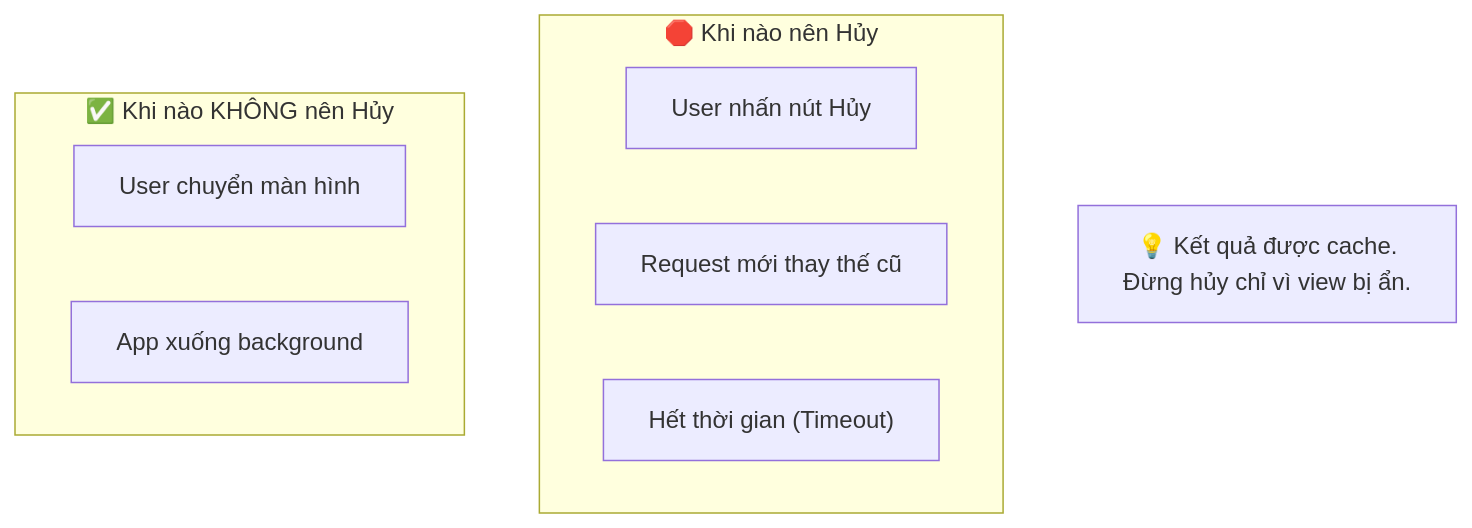
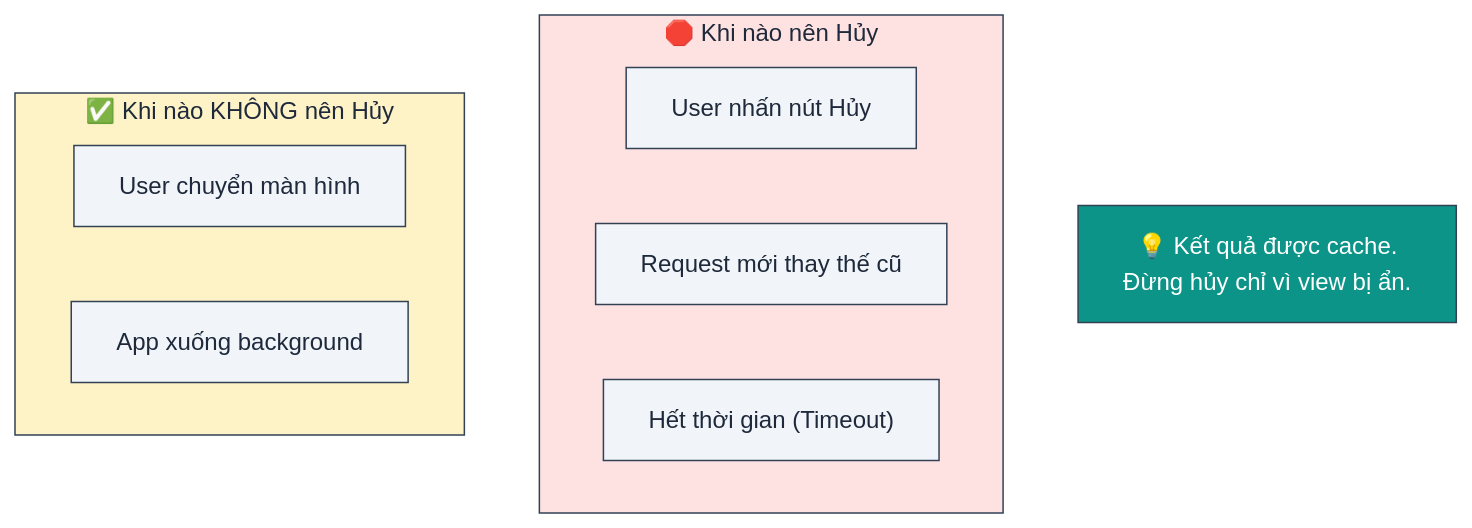
One commit to lploc94/flutter_orchestrator changed the second of 16 diagrams in book/vi/chapters/05_advanced_patterns.md. Above: the diagram before and after it, drawn with Mermaid. The commit also changed other lines of this file and 4 other files, not shown here.

````diff
--- a/book/vi/chapters/05_advanced_patterns.md
+++ b/book/vi/chapters/05_advanced_patterns.md
@@ -39,15 +40,24 @@
 ```mermaid
 graph TB
     subgraph CancelTriggers["🛑 Khi nào nên Hủy"]
         User["User nhấn nút Hủy"]
         Replace["Request mới thay thế cũ"]
         Timeout["Hết thời gian (Timeout)"]
     end
     
     subgraph DontCancel["✅ Khi nào KHÔNG nên Hủy"]
         Navigate["User chuyển màn hình"]
         Background["App xuống background"]
     end
     
     Note["💡 Kết quả được cache.<br/>Đừng hủy chỉ vì view bị ẩn."]
+    
+    style CancelTriggers fill:#fee2e2,stroke:#334155,color:#1e293b
+    style DontCancel fill:#fef3c7,stroke:#334155,color:#1e293b
+    style User fill:#f1f5f9,stroke:#334155,color:#1e293b
+    style Replace fill:#f1f5f9,stroke:#334155,color:#1e293b
+    style Timeout fill:#f1f5f9,stroke:#334155,color:#1e293b
+    style Navigate fill:#f1f5f9,stroke:#334155,color:#1e293b
+    style Background fill:#f1f5f9,stroke:#334155,color:#1e293b
+    style Note fill:#0d9488,stroke:#334155,color:#ffffff
 ```
````
